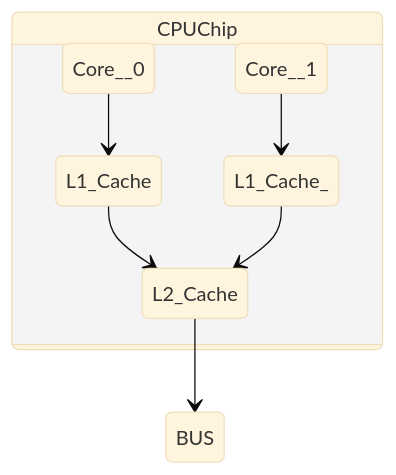
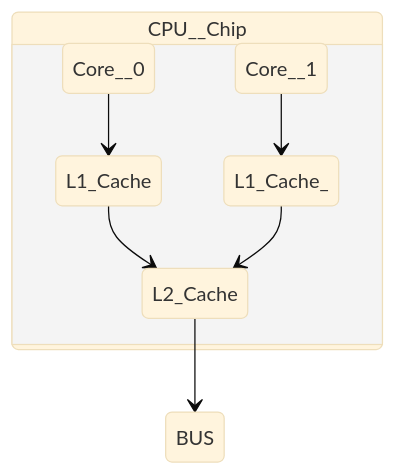
The diagram in README.md (YoungHaKim7/x86_64_Assembly_my_project), drawn with Mermaid (base theme) before and after one commit.

Commit message:
CPU Block Diagram

````diff
--- a/README.md
+++ b/README.md
@@ -405,14 +405,14 @@
 ```mermaid
 
 stateDiagram-v2
 
-    state CPUChip {
+    state CPU__Chip {
         Core__0 --> L1_Cache
         Core__1 --> L1_Cache_
         L1_Cache --> L2_Cache
         L1_Cache_ --> L2_Cache
     }
 
     L2_Cache --> BUS
 
 ```
````
